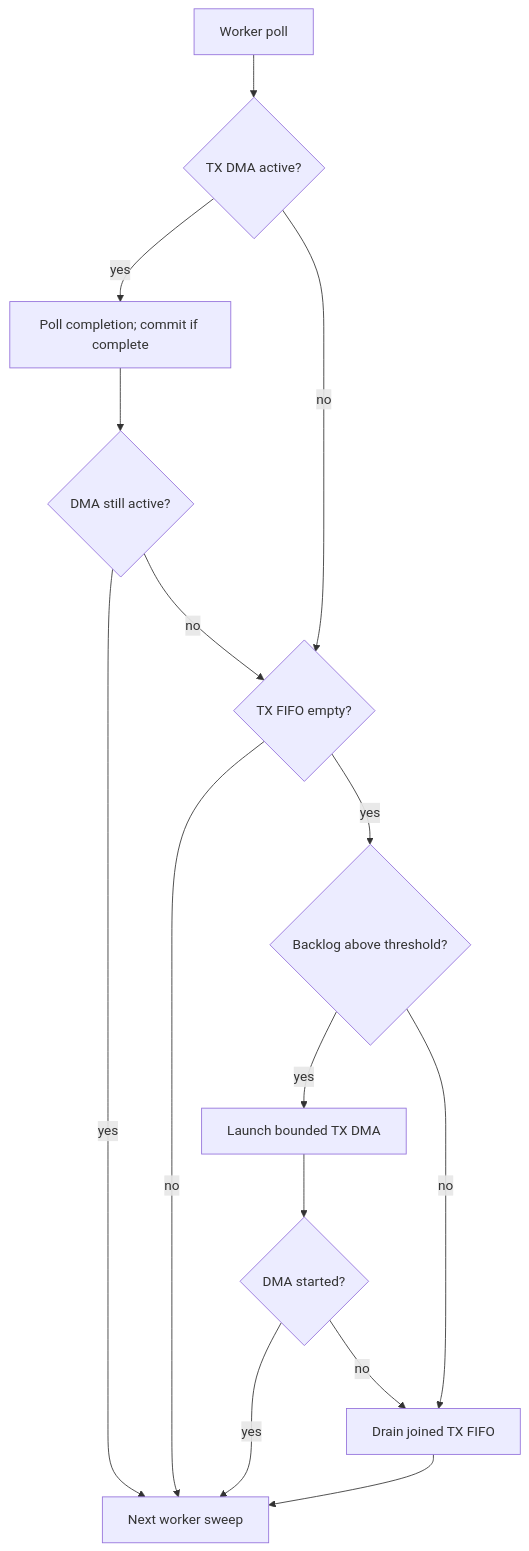
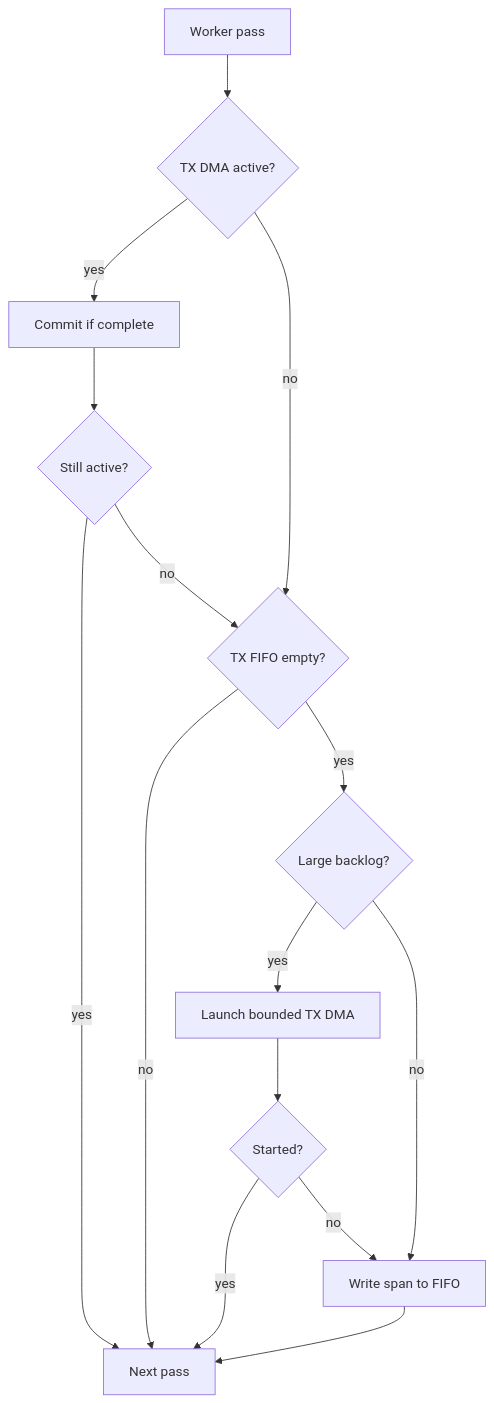
One commit to djwinter29-oss/PicoUart changed the second of 3 diagrams in docs/design/uart/pio-uart-design.md. Above: the diagram before and after it, drawn with Mermaid. The commit also changed other lines of this file and 38 other files, not shown here.

````diff
--- a/docs/design/uart/pio-uart-design.md
+++ b/docs/design/uart/pio-uart-design.md
@@ -106,17 +41,17 @@
 ```mermaid
 flowchart TD
-  Sweep["Worker poll"] --> Active{"TX DMA active?"}
-  Active -->|yes| Complete["Poll completion; commit if complete"]
-  Complete --> Busy{"DMA still active?"}
-  Busy -->|yes| Next["Next worker sweep"]
+  Sweep["Worker pass"] --> Active{"TX DMA active?"}
+  Active -->|yes| Complete["Commit if complete"]
+  Complete --> Busy{"Still active?"}
+  Busy -->|yes| Next["Next pass"]
   Busy -->|no| Empty{"TX FIFO empty?"}
   Active -->|no| Empty
   Empty -->|no| Next
-  Empty -->|yes| Backlog{"Backlog above threshold?"}
+  Empty -->|yes| Backlog{"Large backlog?"}
   Backlog -->|yes| Launch["Launch bounded TX DMA"]
-  Backlog -->|no| FIFO["Drain joined TX FIFO"]
-  Launch --> Started{"DMA started?"}
+  Backlog -->|no| FIFO["Write span to FIFO"]
+  Launch --> Started{"Started?"}
   Started -->|yes| Next
   Started -->|no| FIFO
   FIFO --> Next
 ```
````
